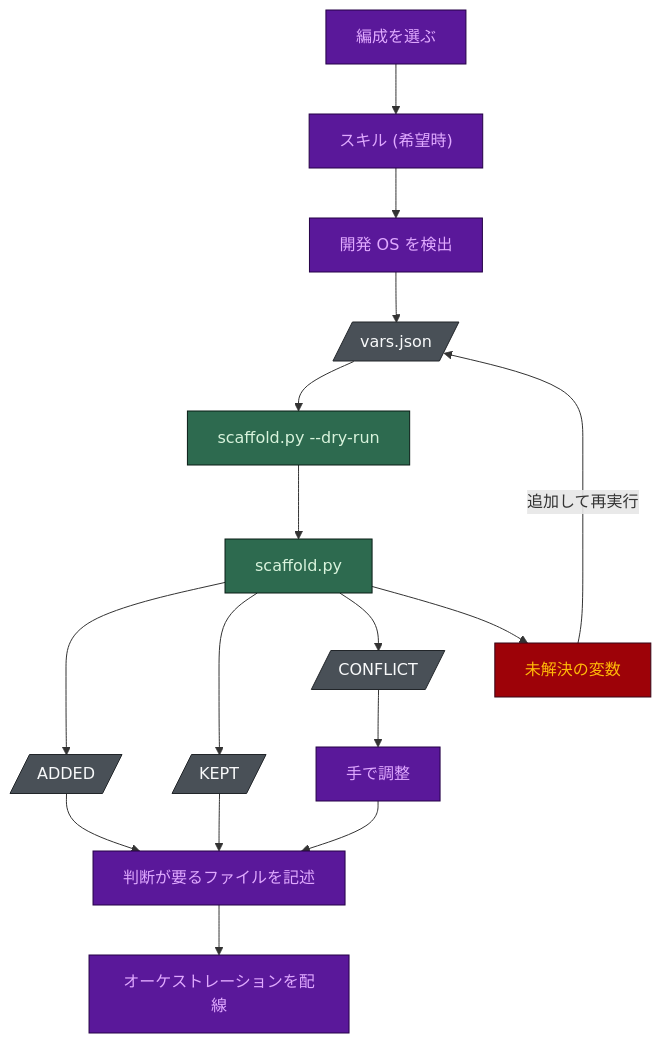
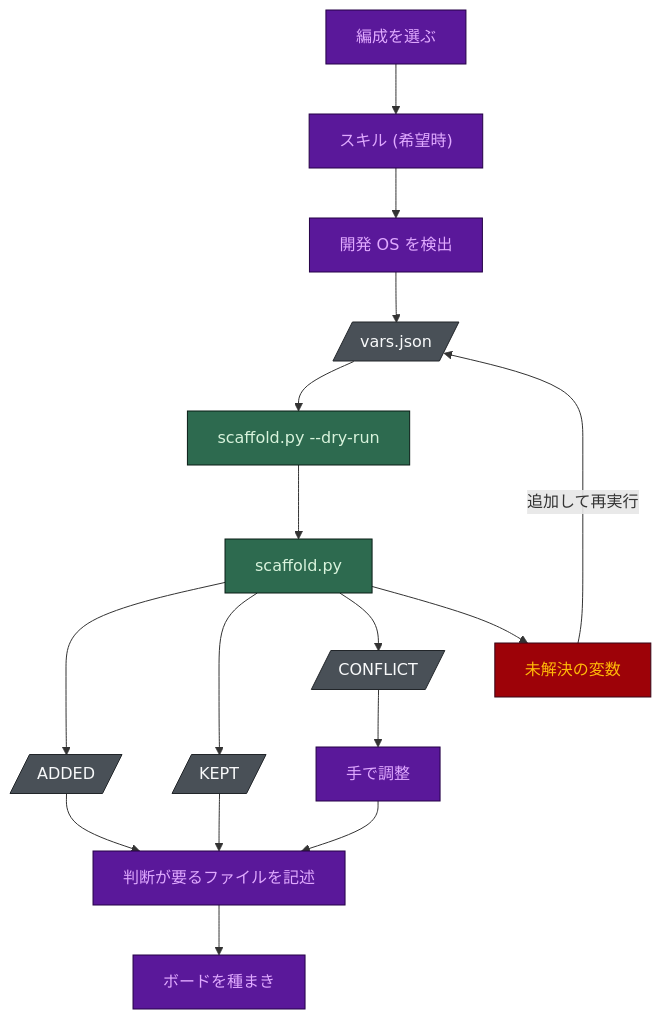
The fourth of 16 diagrams in docs/FLOWS.ja.md (nguyenhx2/agent-harness-bootstrap), drawn with Mermaid before and after one commit. The commit also changed other lines of this file and 107 other files, not shown here.

````diff
--- a/docs/FLOWS.ja.md
+++ b/docs/FLOWS.ja.md
@@ -141,38 +141,38 @@
 ```mermaid
 flowchart TD
     ROSTER["編成を選ぶ"]
     SK["スキル (希望時)"]
     OS["開発 OS を検出"]
     VARS[/"vars.json"/]
     DRY["scaffold.py --dry-run"]
     SC["scaffold.py"]
     ADDED[/"ADDED"/]
     KEPT[/"KEPT"/]
     CONF[/"CONFLICT"/]
     MISS["未解決の変数"]
     REC["手で調整"]
     GAP["判断が要るファイルを記述"]
-    WIRE["オーケストレーションを配線"]
+    WIRE["ボードを種まき"]
 
     ROSTER --> SK --> OS --> VARS --> DRY --> SC
     SC --> ADDED
     SC --> KEPT
     SC --> CONF
     SC --> MISS
     MISS -->|"追加して再実行"| VARS
     CONF --> REC
     ADDED --> GAP
     KEPT --> GAP
     REC --> GAP
     GAP --> WIRE
 
     classDef det fill:#2D6A4F,stroke:#081C15,stroke-width:1px,color:#D8F3DC
     classDef mod fill:#5A189A,stroke:#240046,stroke-width:1px,color:#E0AAFF
     classDef gate fill:#9D0208,stroke:#370617,stroke-width:1px,color:#FFBA08
     classDef art fill:#495057,stroke:#212529,stroke-width:1px,color:#F8F9FA
 
     class ROSTER,SK,OS,REC,GAP,WIRE mod
     class DRY,SC det
     class MISS gate
     class VARS,ADDED,KEPT,CONF art
 ```
````
